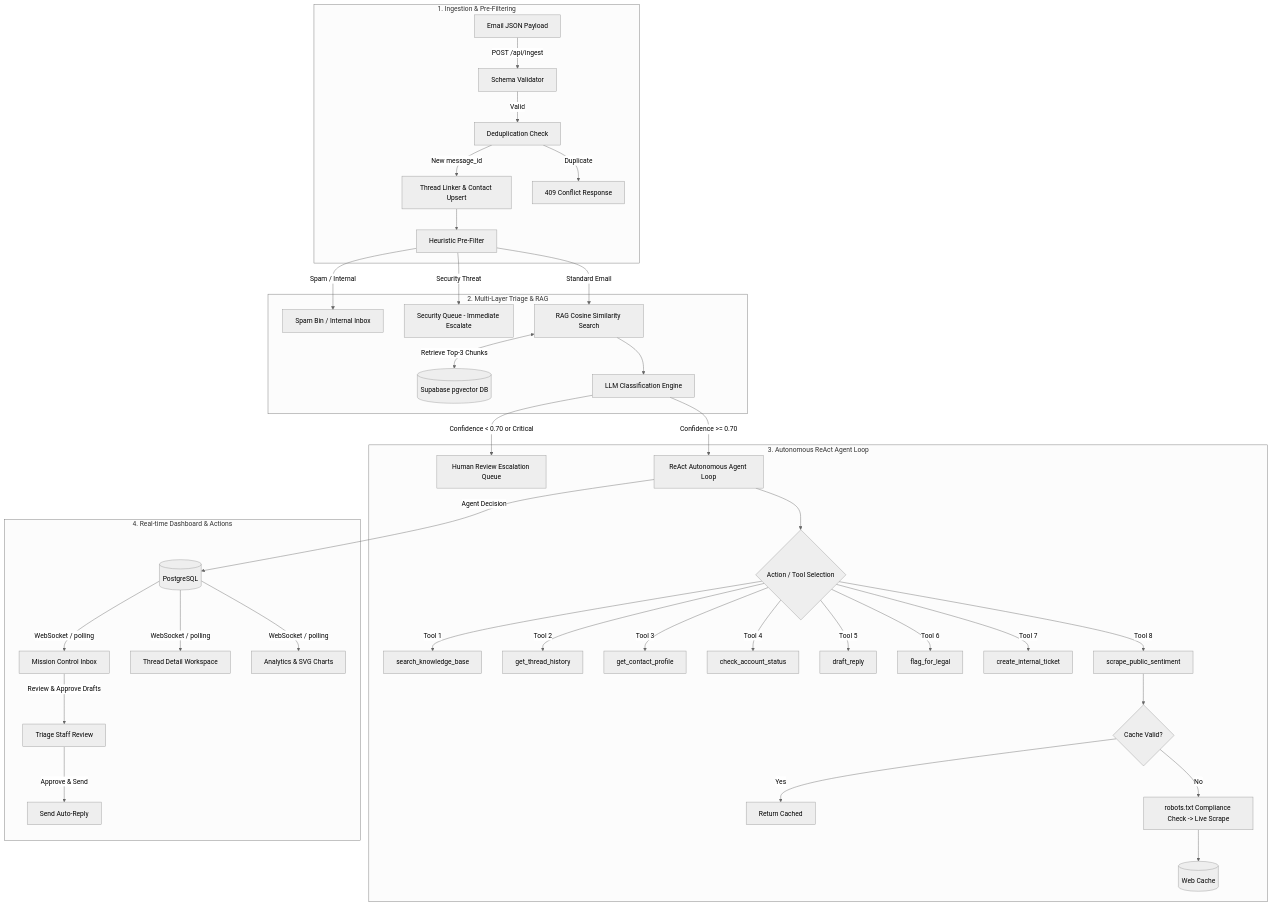
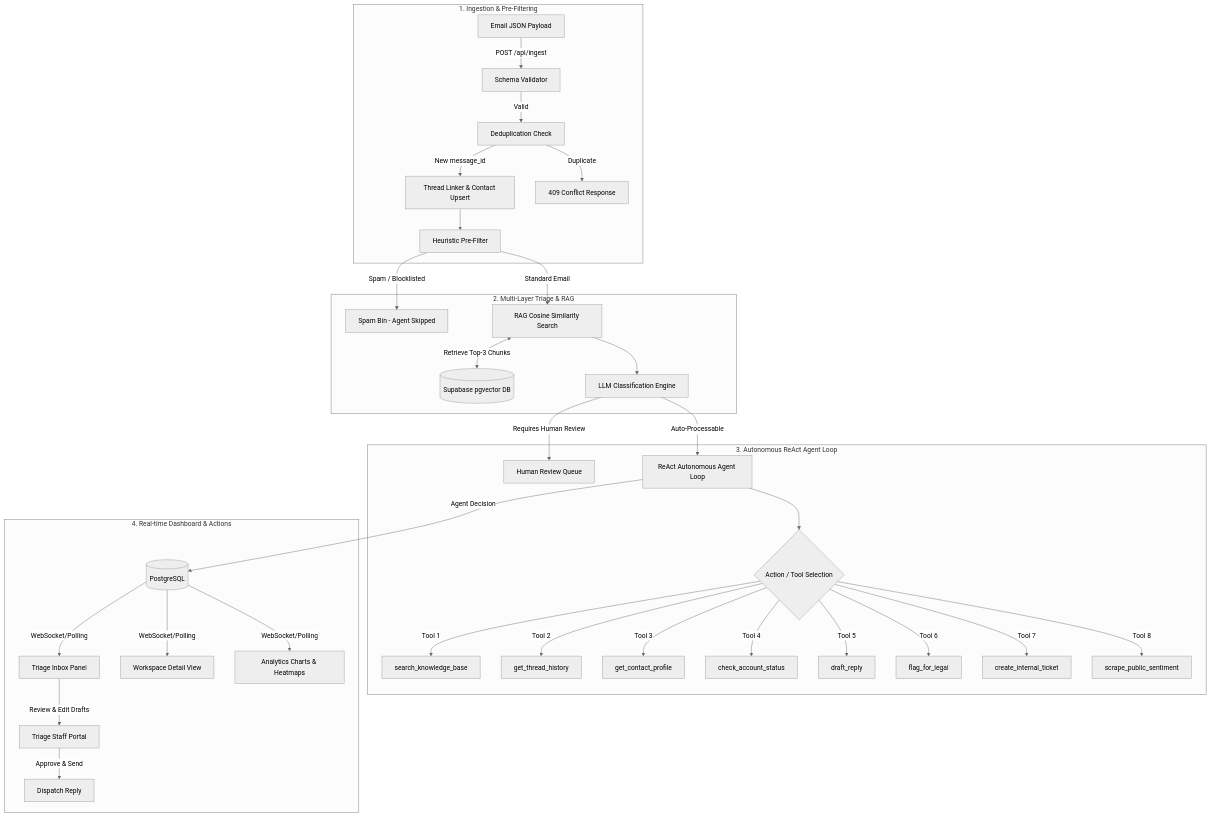
The diagram in README.md (Ratsp/senAI), drawn with Mermaid (neutral theme) before and after one commit. The commit also changed other lines of this file and 7 other files, not shown here.

````diff
--- a/README.md
+++ b/README.md
@@ -11,45 +13,40 @@
 ```mermaid
 flowchart TB
     subgraph Ingestion ["1. Ingestion & Pre-Filtering"]
         A[Email JSON Payload] -->|POST /api/ingest| B[Schema Validator]
         B -->|Valid| C[Deduplication Check]
         C -->|New message_id| D[Thread Linker & Contact Upsert]
         C -->|Duplicate| E[409 Conflict Response]
         D --> F[Heuristic Pre-Filter]
     end
 
     subgraph Intelligence ["2. Multi-Layer Triage & RAG"]
-        F -->|Spam / Internal| G[Spam Bin / Internal Inbox]
-        F -->|Security Threat| H[Security Queue - Immediate Escalate]
+        F -->|Spam / Blocklisted| G[Spam Bin - Agent Skipped]
         F -->|Standard Email| I[RAG Cosine Similarity Search]
         I <-->|Retrieve Top-3 Chunks| J[(Supabase pgvector DB)]
         I --> K[LLM Classification Engine]
     end
 
     subgraph Agent ["3. Autonomous ReAct Agent Loop"]
-        K -->|Confidence < 0.70 or Critical| L[Human Review Escalation Queue]
-        K -->|Confidence >= 0.70| M[ReAct Autonomous Agent Loop]
+        K -->|Requires Human Review| L[Human Review Queue]
+        K -->|Auto-Processable| M[ReAct Autonomous Agent Loop]
         M --> N{Action / Tool Selection}
         N -->|Tool 1| O[search_knowledge_base]
         N -->|Tool 2| P[get_thread_history]
         N -->|Tool 3| Q[get_contact_profile]
         N -->|Tool 4| R[check_account_status]
         N -->|Tool 5| S[draft_reply]
         N -->|Tool 6| T[flag_for_legal]
         N -->|Tool 7| U[create_internal_ticket]
         N -->|Tool 8| V[scrape_public_sentiment]
-        V --> W{Cache Valid?}
-        W -->|Yes| X[Return Cached]
-        W -->|No| Y[robots.txt Compliance Check -> Live Scrape]
-        Y --> Z[(Web Cache)]
     end
 
     subgraph Dashboard ["4. Real-time Dashboard & Actions"]
         M -->|Agent Decision| AA[(PostgreSQL)]
-        AA -->|WebSocket / polling| AB[Mission Control Inbox]
-        AA -->|WebSocket / polling| AC[Thread Detail Workspace]
-        AA -->|WebSocket / polling| AD[Analytics & SVG Charts]
-        AB -->|Review & Approve Drafts| AE[Triage Staff Review]
-        AE -->|Approve & Send| AF[Send Auto-Reply]
+        AA -->|WebSocket/Polling| AB[Triage Inbox Panel]
+        AA -->|WebSocket/Polling| AC[Workspace Detail View]
+        AA -->|WebSocket/Polling| AD[Analytics Charts & Heatmaps]
+        AB -->|Review & Edit Drafts| AE[Triage Staff Portal]
+        AE -->|Approve & Send| AF[Dispatch Reply]
     end
 ```
````
